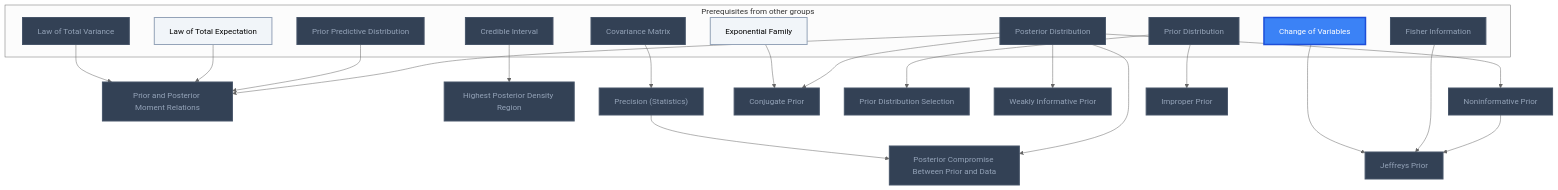
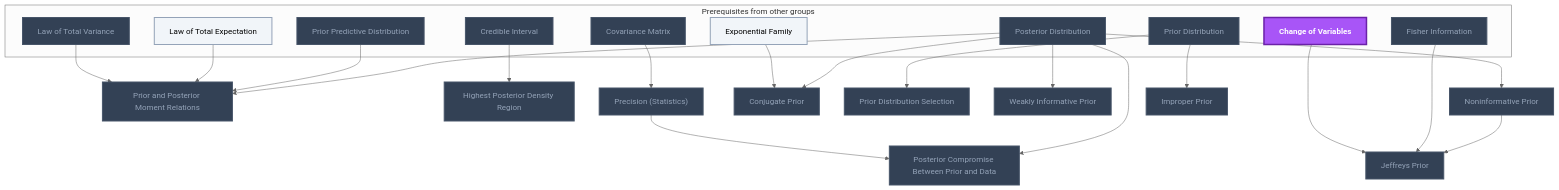
The fourth of 6 diagrams in Gamification/Skill Trees/Bayesian Statistics.md (MRauf1/My-Notes), drawn with Mermaid (neutral theme) before and after one commit. The commit also changed 73 other files, not shown here.

````diff
--- a/Gamification/Skill Trees/Bayesian Statistics.md
+++ b/Gamification/Skill Trees/Bayesian Statistics.md
@@ -129,55 +129,55 @@
 ```mermaid
 flowchart TD
     classDef planned fill:#1E293B,stroke:#64748B,stroke-width:2px,stroke-dasharray:5 5,color:#94A3B8;
     classDef locked fill:#334155,stroke:#475569,stroke-width:2px,color:#94A3B8;
     classDef L0 fill:#F1F5F9,stroke:#94A3B8,stroke-width:2px,color:#000000;
     classDef L1 fill:#22C55E,stroke:#15803D,stroke-width:2px,color:#000000;
     classDef L2 fill:#3B82F6,stroke:#1D4ED8,stroke-width:3px,color:#FFFFFF;
     classDef L3 fill:#A855F7,stroke:#6B21A8,stroke-width:3px,color:#FFFFFF,font-weight:bold;
     classDef L4 fill:#F97316,stroke:#C2410C,stroke-width:4px,color:#000000,font-weight:bold;
     classDef L5 fill:#FFD700,stroke:#FF8C00,stroke-width:5px,color:#000000,font-weight:bold;
     classDef rusty stroke:#8B4513,stroke-width:4px,stroke-dasharray:3 3;
     subgraph sg_prereqs["Prerequisites from other groups"]
         n_posterior_distribution["Posterior Distribution"]
         n_prior_predictive_distribution["Prior Predictive Distribution"]
         n_law_of_total_expectation["Law of Total Expectation"]
         n_law_of_total_variance["Law of Total Variance"]
         n_covariance_matrix["Covariance Matrix"]
         n_credible_interval["Credible Interval"]
         n_prior_distribution["Prior Distribution"]
         n_fisher_information["Fisher Information"]
         n_change_of_variables["Change of Variables"]
         n_exponential_family["Exponential Family"]
     end
     n_prior_and_posterior_moment_relations["Prior and Posterior Moment Relations"]
     n_posterior_compromise_between_prior_and_data["Posterior Compromise Between Prior and Data"]
     n_highest_posterior_density_region["Highest Posterior Density Region"]
     n_precision_statistics["Precision (Statistics)"]
     n_conjugate_prior["Conjugate Prior"]
     n_prior_distribution_selection["Prior Distribution Selection"]
     n_weakly_informative_prior["Weakly Informative Prior"]
     n_noninformative_prior["Noninformative Prior"]
     n_jeffreys_prior["Jeffreys Prior"]
     n_improper_prior["Improper Prior"]
     n_posterior_distribution --> n_prior_and_posterior_moment_relations
     n_prior_predictive_distribution --> n_prior_and_posterior_moment_relations
     n_law_of_total_expectation --> n_prior_and_posterior_moment_relations
     n_law_of_total_variance --> n_prior_and_posterior_moment_relations
     n_covariance_matrix --> n_precision_statistics
     n_posterior_distribution --> n_posterior_compromise_between_prior_and_data
     n_precision_statistics --> n_posterior_compromise_between_prior_and_data
     n_credible_interval --> n_highest_posterior_density_region
     n_posterior_distribution --> n_conjugate_prior
     n_prior_distribution --> n_prior_distribution_selection
     n_posterior_distribution --> n_weakly_informative_prior
     n_posterior_distribution --> n_noninformative_prior
     n_noninformative_prior --> n_jeffreys_prior
     n_fisher_information --> n_jeffreys_prior
     n_change_of_variables --> n_jeffreys_prior
     n_prior_distribution --> n_improper_prior
     n_exponential_family --> n_conjugate_prior
     class n_posterior_distribution,n_prior_predictive_distribution,n_law_of_total_variance,n_covariance_matrix,n_credible_interval,n_prior_distribution,n_fisher_information,n_prior_and_posterior_moment_relations,n_posterior_compromise_between_prior_and_data,n_highest_posterior_density_region,n_precision_statistics,n_conjugate_prior,n_prior_distribution_selection,n_weakly_informative_prior,n_noninformative_prior,n_jeffreys_prior,n_improper_prior locked;
     class n_law_of_total_expectation,n_exponential_family L0;
-    class n_change_of_variables L2;
+    class n_change_of_variables L3;
     class n_posterior_distribution,n_prior_predictive_distribution,n_law_of_total_expectation,n_law_of_total_variance,n_covariance_matrix,n_credible_interval,n_prior_distribution,n_fisher_information,n_change_of_variables,n_exponential_family,n_prior_and_posterior_moment_relations,n_posterior_compromise_between_prior_and_data,n_highest_posterior_density_region,n_precision_statistics,n_conjugate_prior,n_prior_distribution_selection,n_weakly_informative_prior,n_noninformative_prior,n_jeffreys_prior,n_improper_prior internal-link;
 ```
````
